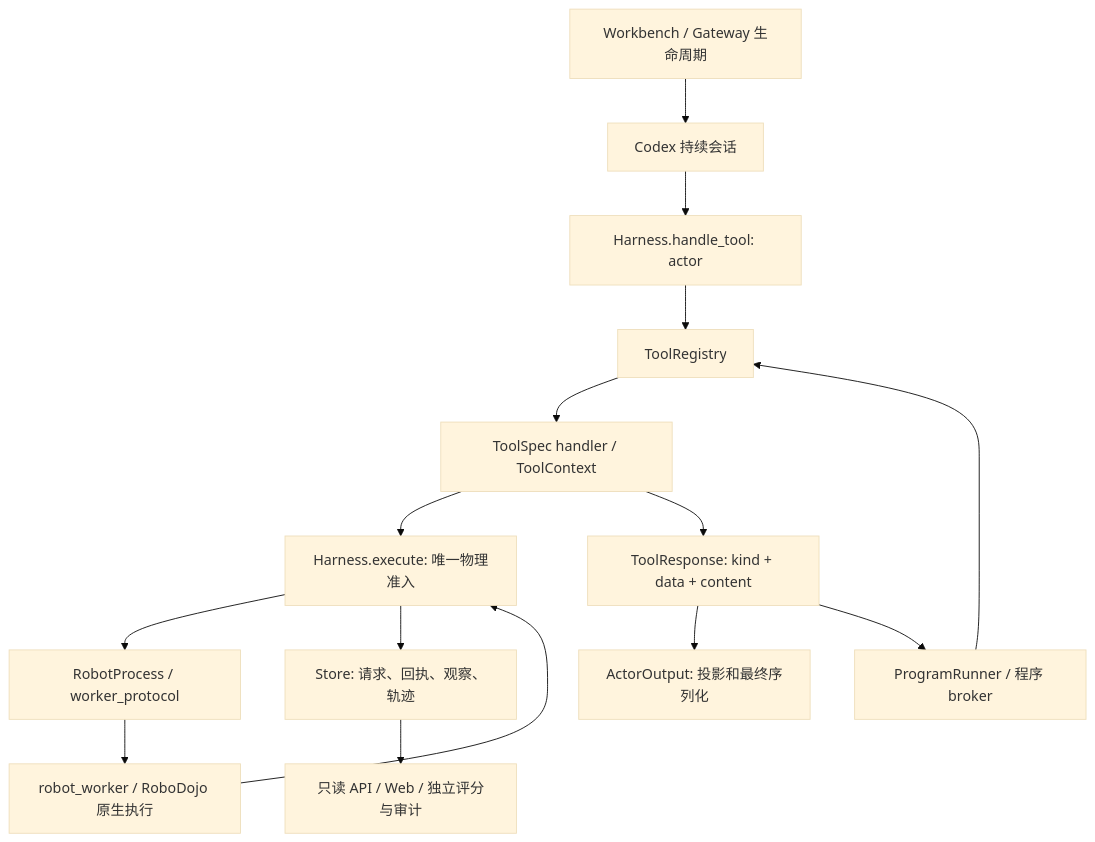
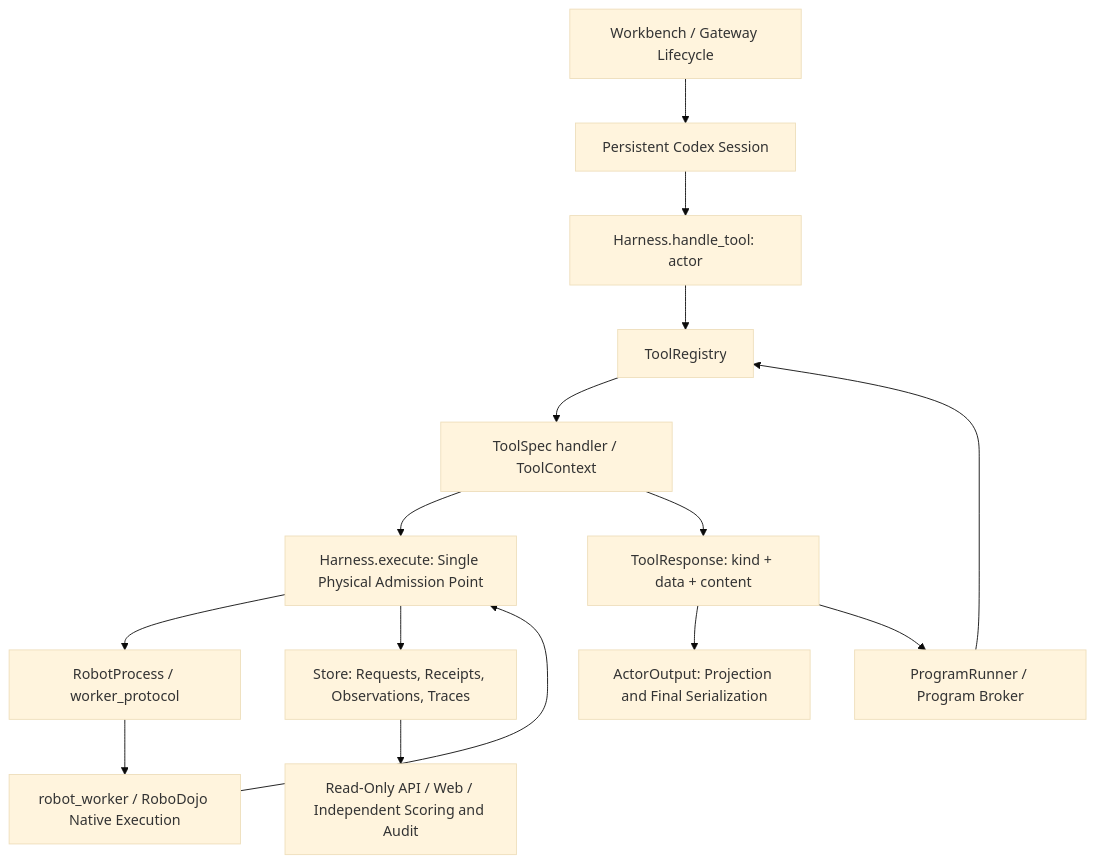
The diagram in docs/development/architecture.md (StellarEdge-AI/Auriga), drawn with Mermaid (base theme) before and after one commit. The commit also changed other lines of this file and 66 other files, not shown here.

````diff
--- a/docs/development/architecture.md
+++ b/docs/development/architecture.md
@@ -7,17 +7,17 @@
 ```mermaid
 flowchart TD
-    W[Workbench / Gateway 生命周期] --> C[Codex 持续会话]
-    C --> A[Harness.handle_tool: actor]
-    P[ProgramRunner / 程序 broker] --> R[ToolRegistry]
+    W["Workbench / Gateway Lifecycle"] --> C["Persistent Codex Session"]
+    C --> A["Harness.handle_tool: actor"]
+    P["ProgramRunner / Program Broker"] --> R["ToolRegistry"]
     A --> R
-    R --> H[ToolSpec handler / ToolContext]
-    H --> E[Harness.execute: 唯一物理准入]
-    E --> IPC[RobotProcess / worker_protocol]
-    IPC --> N[robot_worker / RoboDojo 原生执行]
+    R --> H["ToolSpec handler / ToolContext"]
+    H --> E["Harness.execute: Single Physical Admission Point"]
+    E --> IPC["RobotProcess / worker_protocol"]
+    IPC --> N["robot_worker / RoboDojo Native Execution"]
     N --> E
-    E --> S[Store: 请求、回执、观察、轨迹]
-    H --> T[ToolResponse: kind + data + content]
-    T --> AP[ActorOutput: 投影和最终序列化]
+    E --> S["Store: Requests, Receipts, Observations, Traces"]
+    H --> T["ToolResponse: kind + data + content"]
+    T --> AP["ActorOutput: Projection and Final Serialization"]
     T --> P
-    S --> V[只读 API / Web / 独立评分与审计]
+    S --> V["Read-Only API / Web / Independent Scoring and Audit"]
 ```
````
